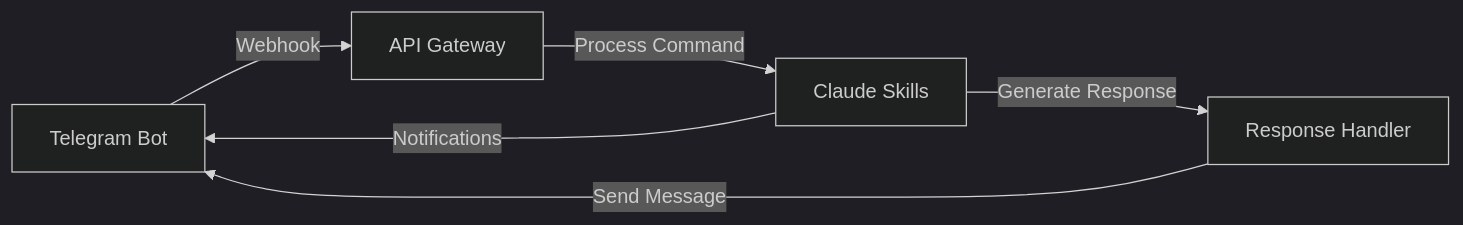
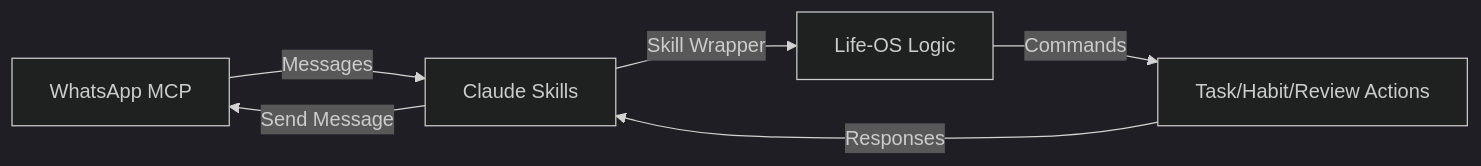
The fifth of 7 diagrams in docs/integrations/integration-architecture.md (natea/ExoMind), drawn with Mermaid (dark theme) before and after one commit. The commit also changed other lines of this file and 7 other files, not shown here.

````diff
--- a/docs/integrations/integration-architecture.md
+++ b/docs/integrations/integration-architecture.md
@@ -651,8 +624,8 @@
 ```mermaid
 graph LR
-    A[Telegram Bot] -->|Webhook| B[API Gateway]
-    B -->|Process Command| C[Claude Skills]
-    C -->|Generate Response| D[Response Handler]
-    D -->|Send Message| A
-    C -->|Notifications| A
+    A[WhatsApp MCP] -->|Messages| B[Claude Skills]
+    B -->|Skill Wrapper| C[Life-OS Logic]
+    C -->|Commands| D[Task/Habit/Review Actions]
+    D -->|Responses| B
+    B -->|Send Message| A
 ```
````
